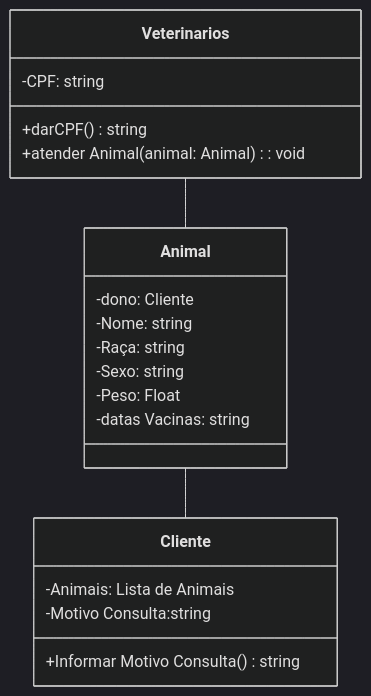
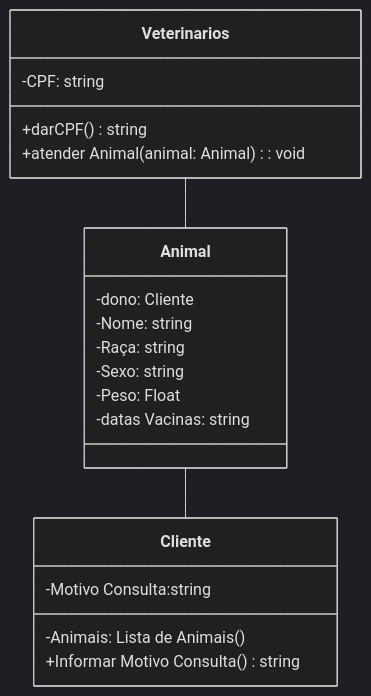
One commit to Maysa76/trabalho-engenharia-software-2026 changed the second of 2 diagrams in README.md. Above: the diagram before and after it, drawn with Mermaid (dark theme).

Commit message:
Fix syntax for Animais in Cliente class

````diff
--- a/README.md
+++ b/README.md
@@ -31,32 +31,31 @@
 ```mermaid
 classDiagram
     class Veterinarios {
            %% atributos: caracteristicas que serao
         %% armazenados no sistema
       -CPF: string
       %% metodos: acoes que serao desempenhadas
       %% por essa entidade no sistema 
       +darCPF() string
       +atender Animal(animal: Animal): void
     }
 
     Veterinarios -- Animal 
      Animal -- Cliente
     
     class Animal {
         -dono: Cliente
         -Nome: string
         -Raça: string
         -Sexo: string
         -Peso: Float
         -datas Vacinas: string
     
     }
      
     class Cliente {
-    -Animais: Lista de Animais
+    -Animais: Lista de Animais ()
     -Motivo Consulta:string
     +Informar Motivo Consulta() string
     }
-
 ```
````
